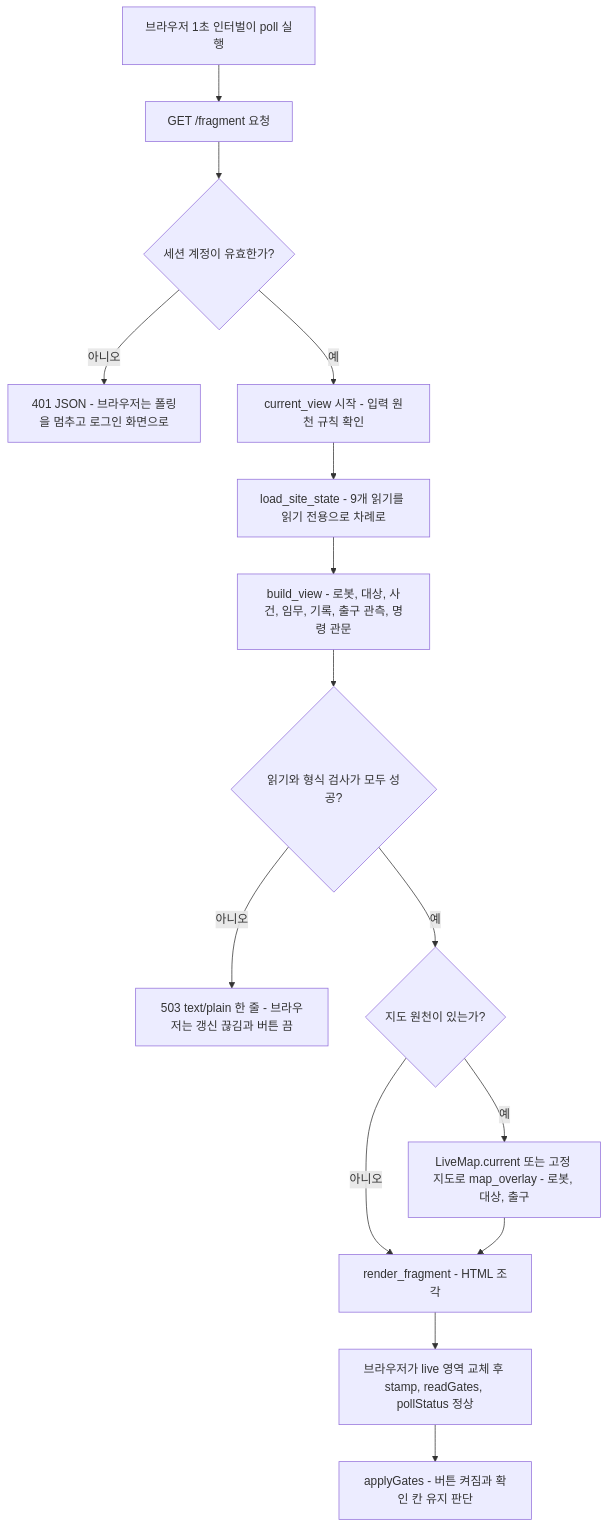
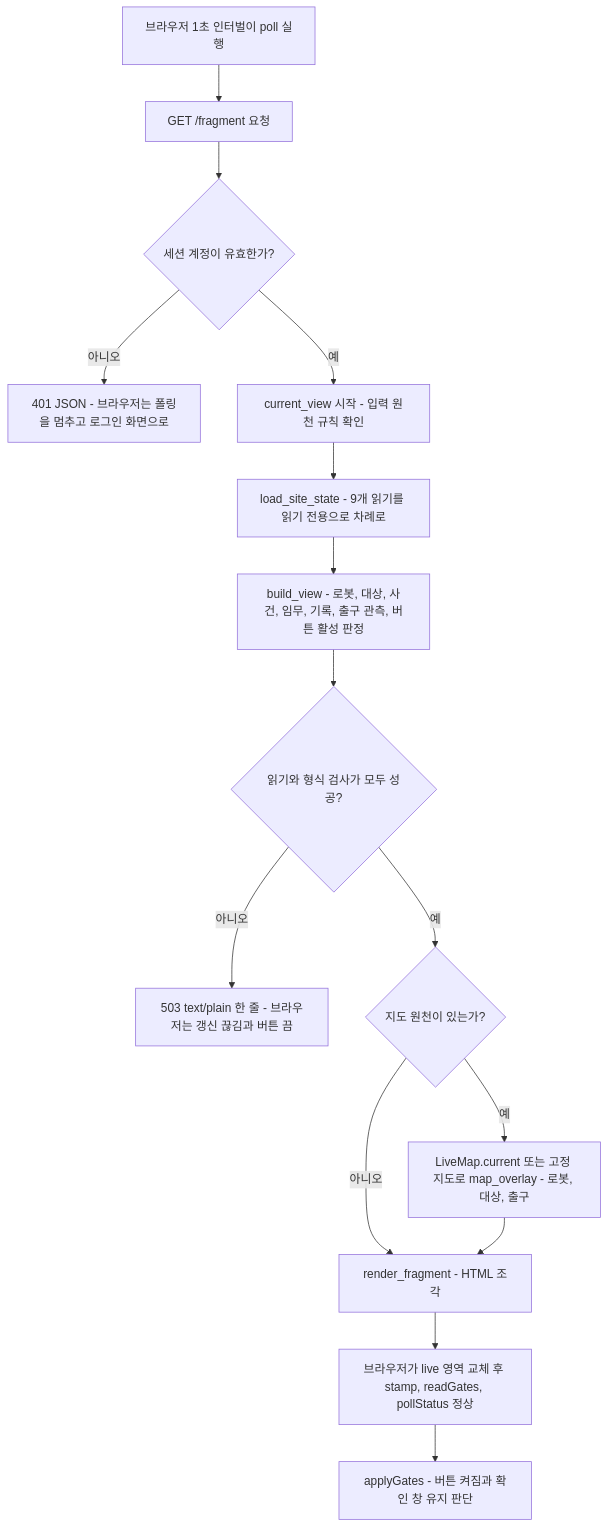
The first of 2 diagrams in docs/design/console-spec.md (mi1nn/ROKEY-7-public), drawn with Mermaid before and after one commit. The commit also changed other lines of this file and 1 other file, not shown here.

````diff
--- a/docs/design/console-spec.md
+++ b/docs/design/console-spec.md
@@ -752,17 +752,17 @@
 ```mermaid
 flowchart TD
   A["브라우저 1초 인터벌이 poll 실행"] --> B["GET /fragment 요청"]
   B --> C{"세션 계정이 유효한가?"}
   C -->|아니오| D["401 JSON - 브라우저는 폴링을 멈추고 로그인 화면으로"]
   C -->|예| E["current_view 시작 - 입력 원천 규칙 확인"]
   E --> F["load_site_state - 9개 읽기를 읽기 전용으로 차례로"]
-  F --> I["build_view - 로봇, 대상, 사건, 임무, 기록, 출구 관측, 명령 관문"]
+  F --> I["build_view - 로봇, 대상, 사건, 임무, 기록, 출구 관측, 버튼 활성 판정"]
   I --> G{"읽기와 형식 검사가 모두 성공?"}
   G -->|아니오| H["503 text/plain 한 줄 - 브라우저는 갱신 끊김과 버튼 끔"]
   G -->|예| J{"지도 원천이 있는가?"}
   J -->|예| K["LiveMap.current 또는 고정 지도로 map_overlay - 로봇, 대상, 출구"]
   J -->|아니오| L["render_fragment - HTML 조각"]
   K --> L
   L --> M["브라우저가 live 영역 교체 후 stamp, readGates, pollStatus 정상"]
-  M --> N["applyGates - 버튼 켜짐과 확인 칸 유지 판단"]
+  M --> N["applyGates - 버튼 켜짐과 확인 창 유지 판단"]
 ```
````
